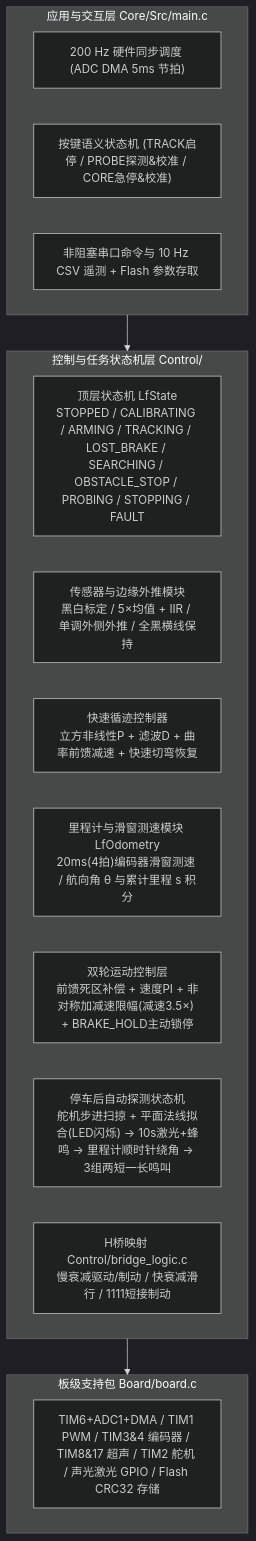
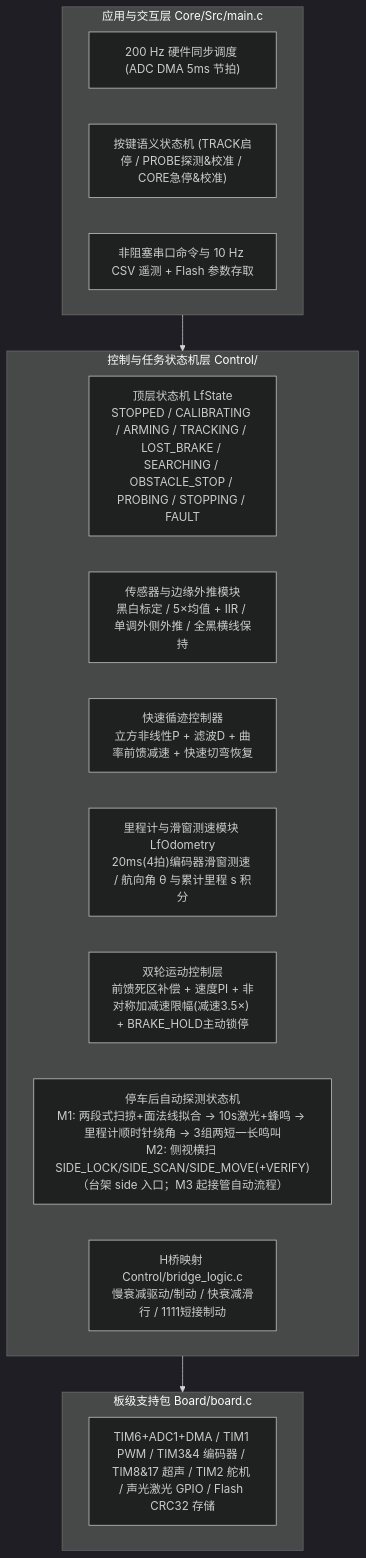
One commit to ChenCong-0710/intelligent_car changed the diagram in docs/software-architecture-and-review.md. Above: the diagram before and after it, drawn with Mermaid (dark theme). The commit also changed other lines of this file and 15 other files, not shown here.

First line of the commit message:
feat(probe): M2 侧视横扫（SIDE_LOCK/SIDE_SCAN/SIDE_MOVE+VERIFY）+ 台架定标

````diff
--- a/docs/software-architecture-and-review.md
+++ b/docs/software-architecture-and-review.md
@@ -38,24 +38,24 @@
 ```mermaid
 flowchart TD
     subgraph CORE["应用与交互层 Core/Src/main.c"]
         SCHED["200 Hz 硬件同步调度 (ADC DMA 5ms 节拍)"]
         KEYS["按键语义状态机 (TRACK启停 / PROBE探测&校准 / CORE急停&校准)"]
         CLI["非阻塞串口命令与 10 Hz CSV 遥测 + Flash 参数存取"]
     end
 
     subgraph CTRL["控制与任务状态机层 Control/"]
         SM["顶层状态机 LfState<br/>STOPPED / CALIBRATING / ARMING / TRACKING / LOST_BRAKE / SEARCHING / OBSTACLE_STOP / PROBING / STOPPING / FAULT"]
         SENS["传感器与边缘外推模块<br/>黑白标定 / 5×均值 + IIR / 单调外侧外推 / 全黑横线保持"]
         TRACK["快速循迹控制器<br/>立方非线性P + 滤波D + 曲率前馈减速 + 快速切弯恢复"]
         ODO["里程计与滑窗测速模块 LfOdometry<br/>20ms(4拍)编码器滑窗测速 / 航向角 θ 与累计里程 s 积分"]
         MOT["双轮运动控制层<br/>前馈死区补偿 + 速度PI + 非对称加减速限幅(减速3.5×) + BRAKE_HOLD主动锁停"]
-        PROBE["停车后自动探测状态机<br/>舵机步进扫掠 + 平面法线拟合(LED闪烁) → 10s激光+蜂鸣 → 里程计顺时针绕角 → 3组两短一长鸣叫"]
+        PROBE["停车后自动探测状态机<br/>M1: 两段式扫掠+面法线拟合 → 10s激光+蜂鸣 → 里程计顺时针绕角 → 3组两短一长鸣叫<br/>M2: 侧视横扫 SIDE_LOCK/SIDE_SCAN/SIDE_MOVE(+VERIFY)（台架 side 入口；M3 起接管自动流程）"]
         BRG["H桥映射 Control/bridge_logic.c<br/>慢衰减驱动/制动 / 快衰减滑行 / 1111短接制动"]
     end
 
     subgraph BSP["板级支持包 Board/board.c"]
         HW["TIM6+ADC1+DMA / TIM1 PWM / TIM3&4 编码器 / TIM8&17 超声 / TIM2 舵机 / 声光激光 GPIO / Flash CRC32 存储"]
     end
 
     CORE --> CTRL --> BSP
 ```
````
